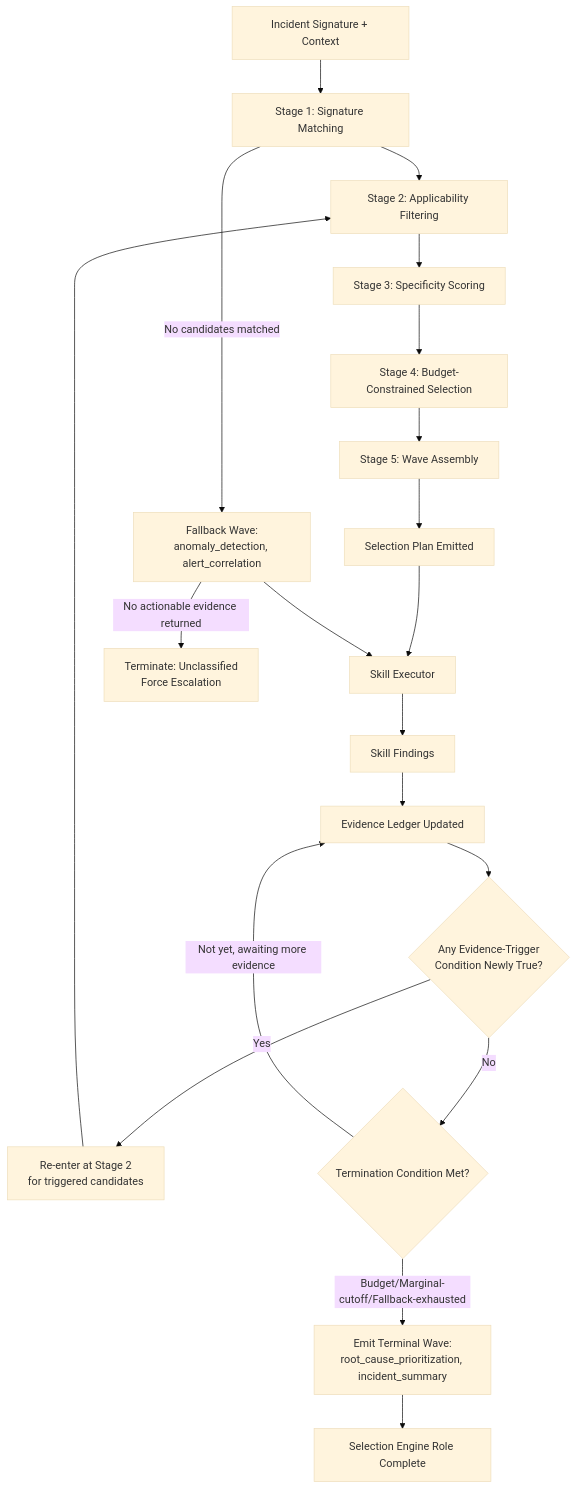
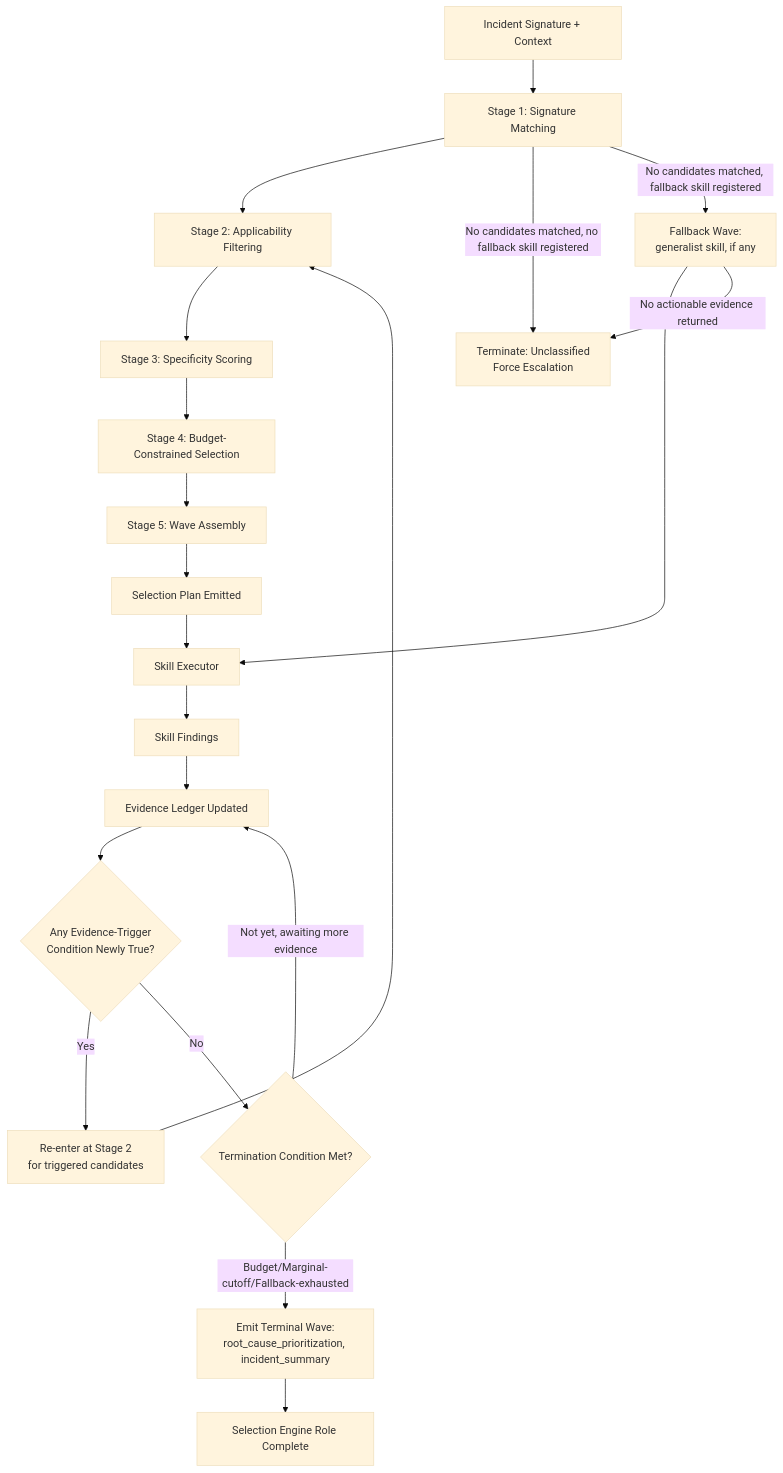
Before and after one commit to Anas-Khatiri/ai-analyst-agent: the diagram in docs/specifications/skill_selection_engine.md, drawn with Mermaid (base theme). The commit also changed other lines of this file and 23 other files, not shown here.

````diff
--- a/docs/specifications/skill_selection_engine.md
+++ b/docs/specifications/skill_selection_engine.md
@@ -240,26 +240,27 @@
 ```mermaid
 graph TD
     Incident[Incident Signature + Context] --> Sig[Stage 1: Signature Matching]
     Sig --> Filt[Stage 2: Applicability Filtering]
     Filt --> Spec[Stage 3: Specificity Scoring]
     Spec --> Budget[Stage 4: Budget-Constrained Selection]
     Budget --> Wave[Stage 5: Wave Assembly]
     Wave --> Plan[Selection Plan Emitted]
 
     Plan --> Executor[Skill Executor]
     Executor --> Findings[Skill Findings]
     Findings --> Ledger[Evidence Ledger Updated]
 
     Ledger --> Trigger{Any Evidence-Trigger<br/>Condition Newly True?}
     Trigger -->|Yes| Sig2[Re-enter at Stage 2<br/>for triggered candidates]
     Sig2 --> Filt
     Trigger -->|No| Term{Termination Condition Met?}
     Term -->|Budget/Marginal-cutoff/Fallback-exhausted| Terminal[Emit Terminal Wave:<br/>root_cause_prioritization, incident_summary]
     Term -->|Not yet, awaiting more evidence| Ledger
 
-    Sig -->|No candidates matched| Fallback[Fallback Wave:<br/>anomaly_detection, alert_correlation]
+    Sig -->|No candidates matched, no fallback skill registered| Unclassified[Terminate: Unclassified<br/>Force Escalation]
+    Sig -->|No candidates matched, fallback skill registered| Fallback[Fallback Wave:<br/>generalist skill, if any]
     Fallback --> Executor
-    Fallback -->|No actionable evidence returned| Unclassified[Terminate: Unclassified<br/>Force Escalation]
+    Fallback -->|No actionable evidence returned| Unclassified
 
     Terminal --> Done[Selection Engine Role Complete]
 ```
````
